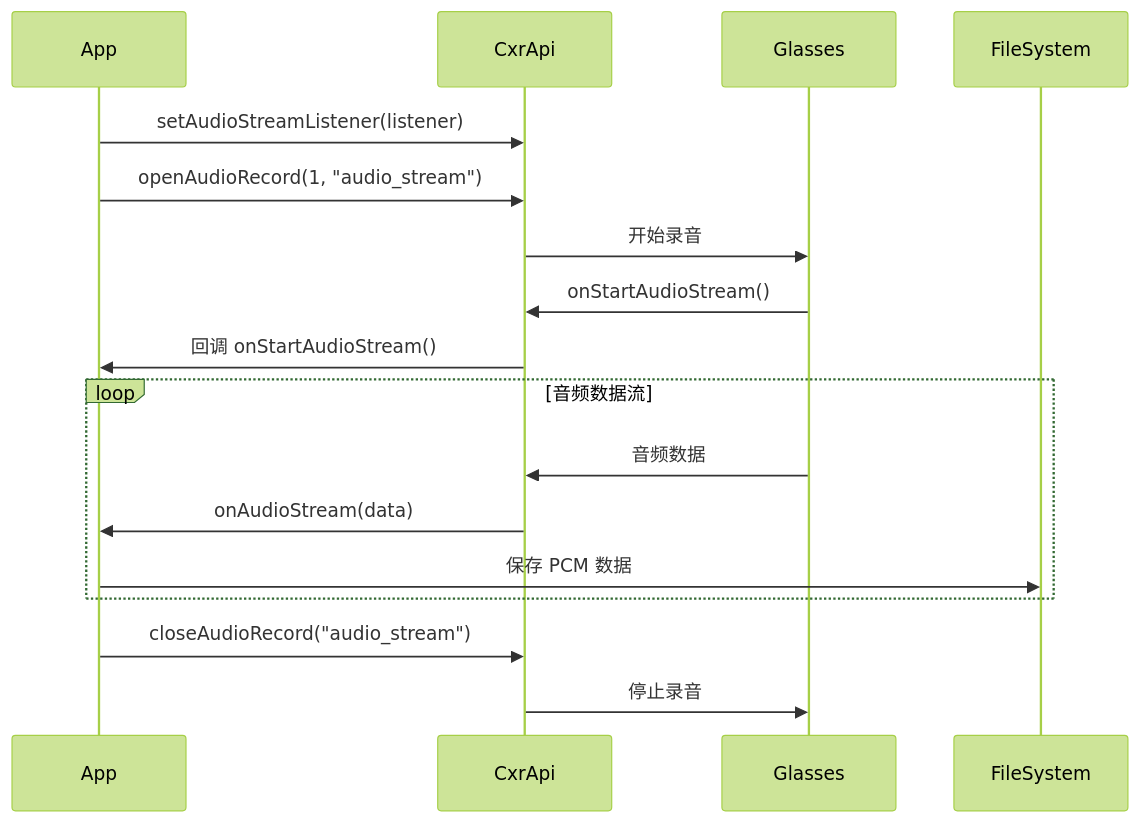
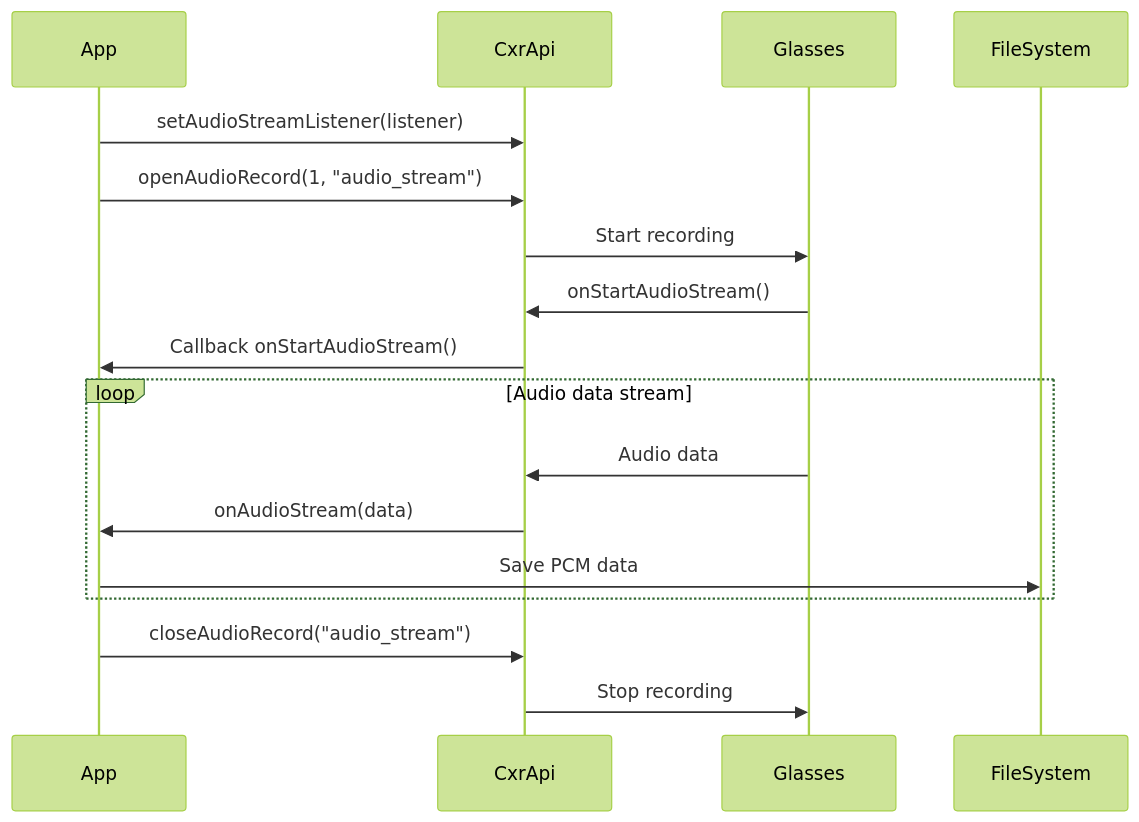
Before and after one commit to thuongtin/CXRMSamples1.0.3: the second of 7 diagrams in design.md, drawn with Mermaid (forest theme). The commit also changed other lines of this file and 20 other files, not shown here.

````diff
--- a/design.md
+++ b/design.md
@@ -195,20 +195,20 @@
 ```mermaid
 sequenceDiagram
     participant App
     participant CxrApi
     participant Glasses
     participant FileSystem
     
     App->>CxrApi: setAudioStreamListener(listener)
     App->>CxrApi: openAudioRecord(1, "audio_stream")
-    CxrApi->>Glasses: 开始录音
+    CxrApi->>Glasses: Start recording
     Glasses->>CxrApi: onStartAudioStream()
-    CxrApi->>App: 回调 onStartAudioStream()
-    loop 音频数据流
-        Glasses->>CxrApi: 音频数据
+    CxrApi->>App: Callback onStartAudioStream()
+    loop Audio data stream
+        Glasses->>CxrApi: Audio data
         CxrApi->>App: onAudioStream(data)
-        App->>FileSystem: 保存 PCM 数据
+        App->>FileSystem: Save PCM data
     end
     App->>CxrApi: closeAudioRecord("audio_stream")
-    CxrApi->>Glasses: 停止录音
+    CxrApi->>Glasses: Stop recording
 ```
````
